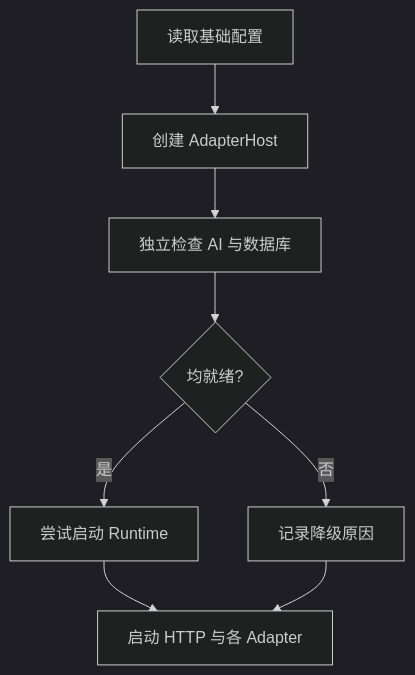
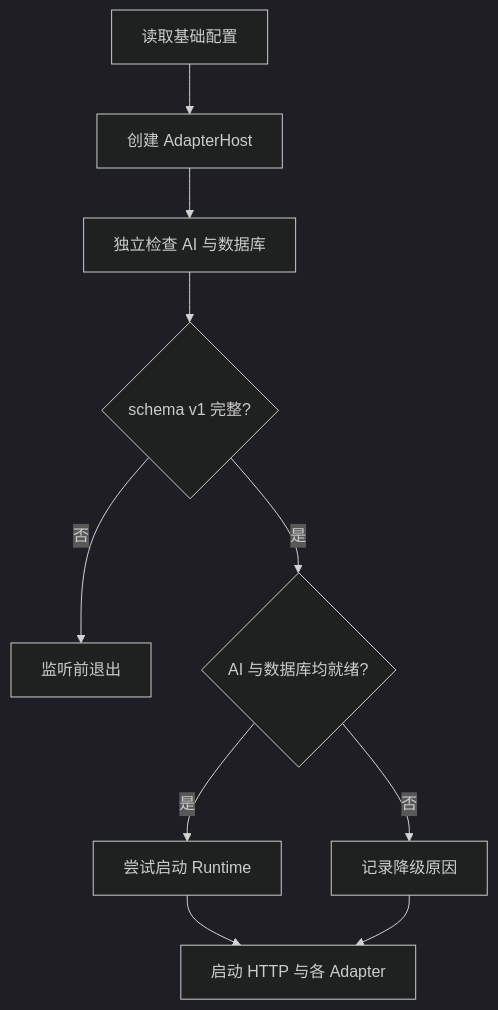
The diagram in docs/guide/configuration.md (posanbu/Kaguya), drawn with Mermaid (dark theme) before and after one commit. The commit also changed other lines of this file and 104 other files, not shown here.

````diff
--- a/docs/guide/configuration.md
+++ b/docs/guide/configuration.md
@@ -12,10 +12,12 @@
 ```mermaid
 flowchart TD
   A[读取基础配置] --> B[创建 AdapterHost]
   B --> C[独立检查 AI 与数据库]
-  C --> D{均就绪?}
-  D -- 是 --> E[尝试启动 Runtime]
-  D -- 否 --> F[记录降级原因]
-  E --> G[启动 HTTP 与各 Adapter]
+  C --> D{schema v1 完整?}
+  D -- 否 --> X[监听前退出]
+  D -- 是 --> E{AI 与数据库均就绪?}
+  E -- 是 --> R[尝试启动 Runtime]
+  E -- 否 --> F[记录降级原因]
+  R --> G[启动 HTTP 与各 Adapter]
   F --> G
 ```
````
